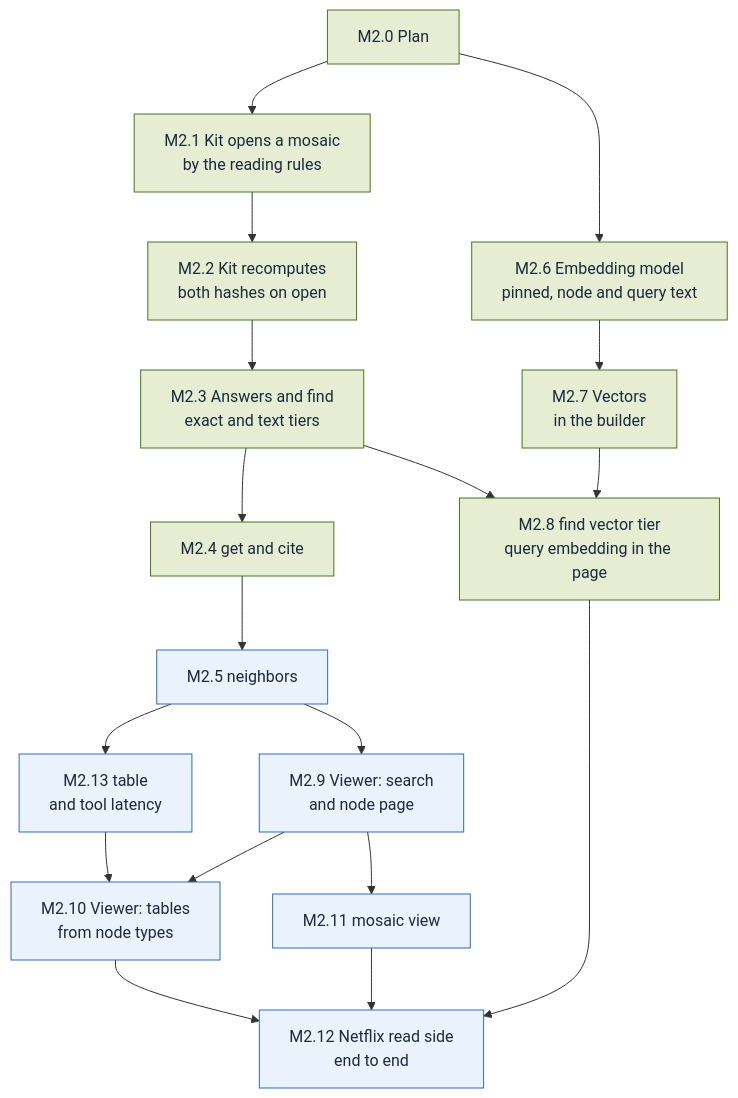
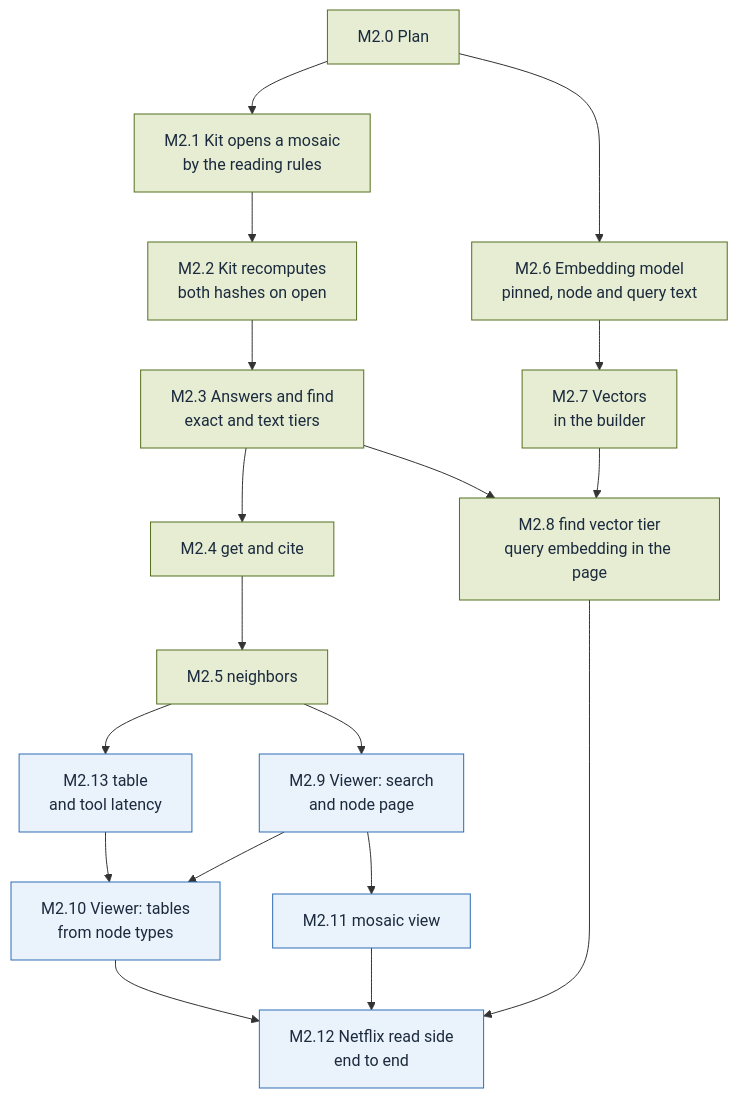
The diagram in plan/M2.md (alcjor/Mosaic), drawn with Mermaid before and after one commit. The commit also changed other lines of this file and 2 other files, not shown here.

````diff
--- a/plan/M2.md
+++ b/plan/M2.md
@@ -3,39 +3,39 @@
 ```mermaid
 flowchart TD
   M2_0["M2.0 Plan"]
   M2_1["M2.1 Kit opens a mosaic<br/>by the reading rules"]
   M2_2["M2.2 Kit recomputes<br/>both hashes on open"]
   M2_3["M2.3 Answers and find<br/>exact and text tiers"]
   M2_4["M2.4 get and cite"]
   M2_5["M2.5 neighbors"]
   M2_13["M2.13 table<br/>and tool latency"]
   M2_6["M2.6 Embedding model<br/>pinned, node and query text"]
   M2_7["M2.7 Vectors<br/>in the builder"]
   M2_8["M2.8 find vector tier<br/>query embedding in the page"]
   M2_9["M2.9 Viewer: search<br/>and node page"]
   M2_10["M2.10 Viewer: tables<br/>from node types"]
   M2_11["M2.11 mosaic view"]
   M2_12["M2.12 Netflix read side<br/>end to end"]
   M2_0 --> M2_1
   M2_1 --> M2_2
   M2_2 --> M2_3
   M2_3 --> M2_4
   M2_4 --> M2_5
   M2_5 --> M2_13
   M2_0 --> M2_6
   M2_6 --> M2_7
   M2_3 --> M2_8
   M2_7 --> M2_8
   M2_5 --> M2_9
   M2_9 --> M2_10
   M2_13 --> M2_10
   M2_9 --> M2_11
   M2_8 --> M2_12
   M2_10 --> M2_12
   M2_11 --> M2_12
   classDef done fill:#E6EDD3,stroke:#55701F,color:#1B2A3D
   classDef todo fill:#EAF2FB,stroke:#2F6DB5,color:#1B2A3D
   classDef parked fill:#FCEFCF,stroke:#F2B630,color:#1B2A3D
-  class M2_0,M2_1,M2_2,M2_3,M2_4,M2_6,M2_7,M2_8 done
-  class M2_5,M2_9,M2_10,M2_11,M2_12,M2_13 todo
+  class M2_0,M2_1,M2_2,M2_3,M2_4,M2_5,M2_6,M2_7,M2_8 done
+  class M2_9,M2_10,M2_11,M2_12,M2_13 todo
 ```
````
